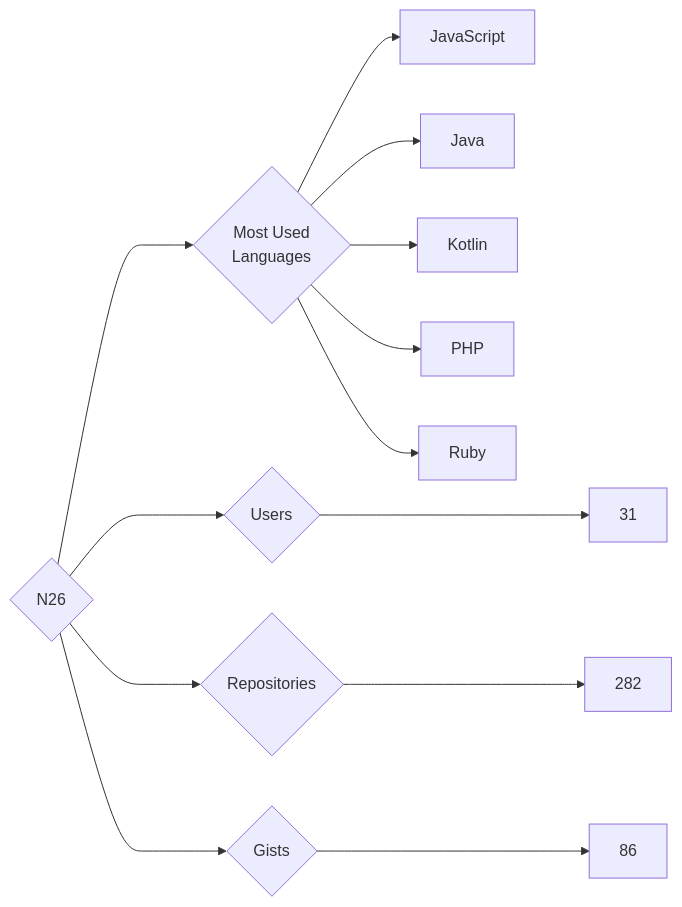
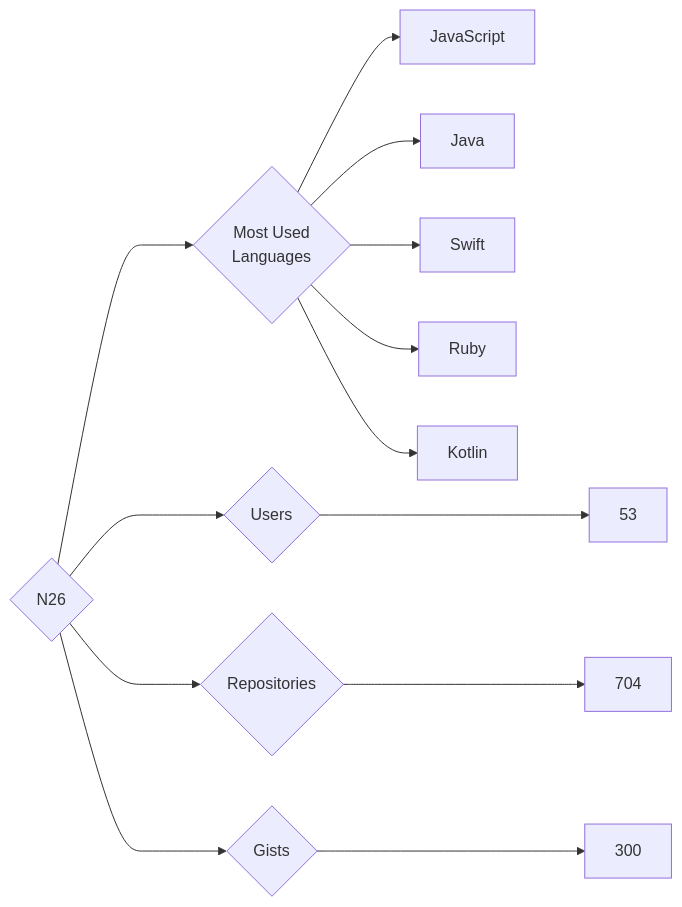
One commit to trickest/insiders changed the diagram in targets/N26/README.md. Above: the diagram before and after it, drawn with Mermaid. The commit also changed 796 other files, not shown here.

````diff
--- a/targets/N26/README.md
+++ b/targets/N26/README.md
@@ -3,13 +3,13 @@
 ```mermaid
 graph LR
 COMPANY_NAME{N26}
-COMPANY_NAME ---> U{Users} ---> UN[31]
-COMPANY_NAME ---> R{Repositories} ---> RN[282]
-COMPANY_NAME ---> G{Gists} ---> GN[86]
+COMPANY_NAME ---> U{Users} ---> UN[53]
+COMPANY_NAME ---> R{Repositories} ---> RN[704]
+COMPANY_NAME ---> G{Gists} ---> GN[300]
 COMPANY_NAME ---> ML{Most Used<br>Languages}
 ML --> JavaScript[JavaScript]
 ML --> Java[Java]
+ML --> Swift[Swift]
+ML --> Ruby[Ruby]
 ML --> Kotlin[Kotlin]
-ML --> PHP[PHP]
-ML --> Ruby[Ruby]
 ```
````
